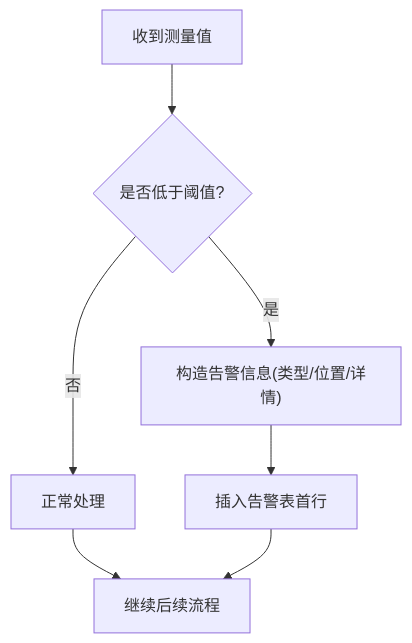
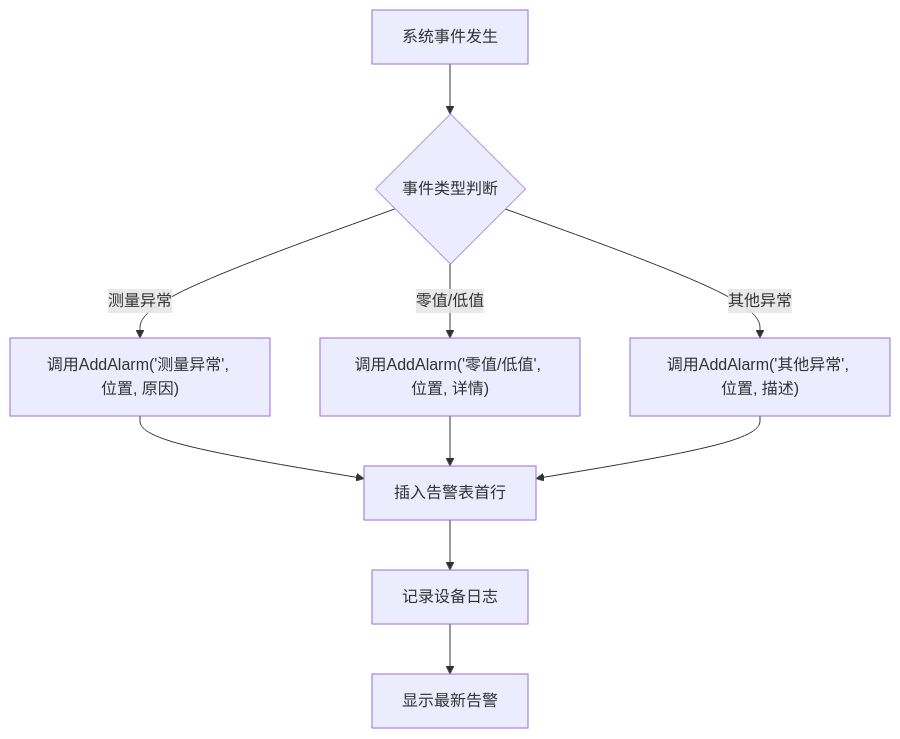
Before and after one commit to yangreest/Zero-value-Insulator-Robot-V2: the fifth of 6 diagrams in .qoder/repowiki/zh/content/用户手册/实时监控面板/实时监控面板.md, drawn with Mermaid. The commit also changed other lines of this file and 14 other files, not shown here.

````diff
--- a/.qoder/repowiki/zh/content/用户手册/实时监控面板/实时监控面板.md
+++ b/.qoder/repowiki/zh/content/用户手册/实时监控面板/实时监控面板.md
@@ -166,9 +195,12 @@
 ```mermaid
 flowchart TD
-A["收到测量值"] --> B{"是否低于阈值?"}
-B -- 否 --> C["正常处理"]
-B -- 是 --> D["构造告警信息(类型/位置/详情)"]
-D --> E["插入告警表首行"]
-C --> F["继续后续流程"]
+A["系统事件发生"] --> B{"事件类型判断"}
+B -- "测量异常" --> C["调用AddAlarm('测量异常', 位置, 原因)"]
+B -- "零值/低值" --> D["调用AddAlarm('零值/低值', 位置, 详情)"]
+B -- "其他异常" --> E["调用AddAlarm('其他异常', 位置, 描述)"]
+C --> F["插入告警表首行"]
+D --> F
 E --> F
+F --> G["记录设备日志"]
+G --> H["显示最新告警"]
 ```
````
